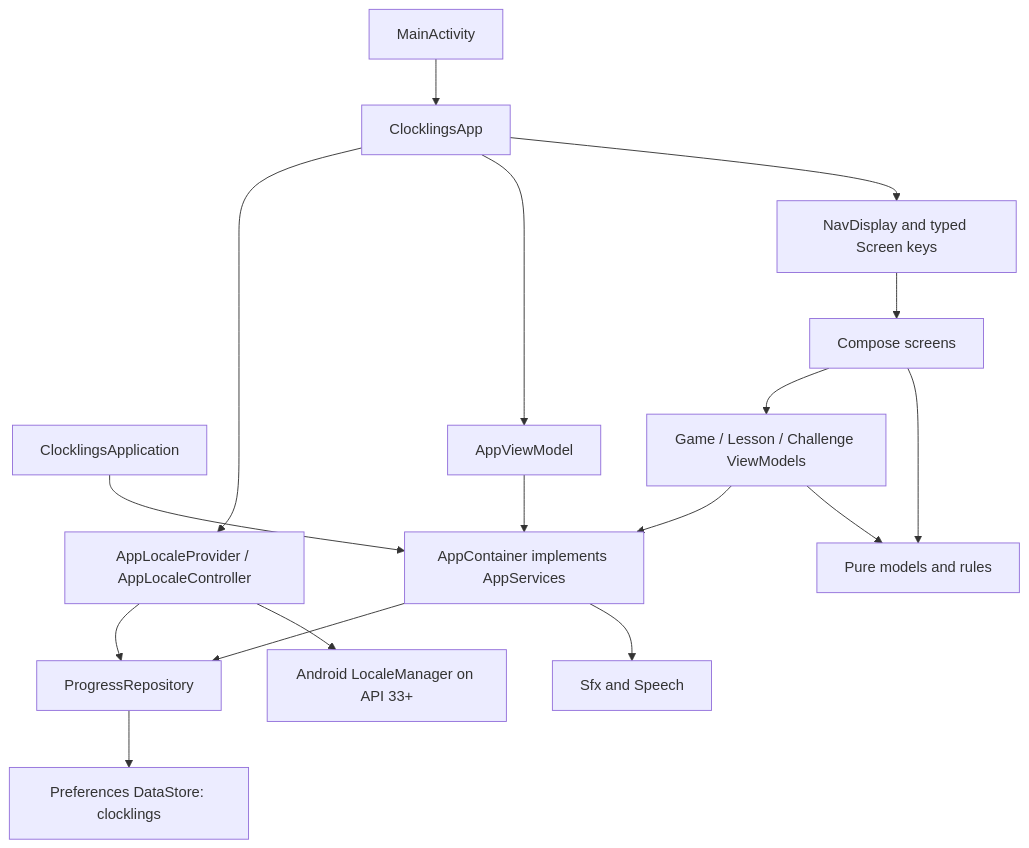
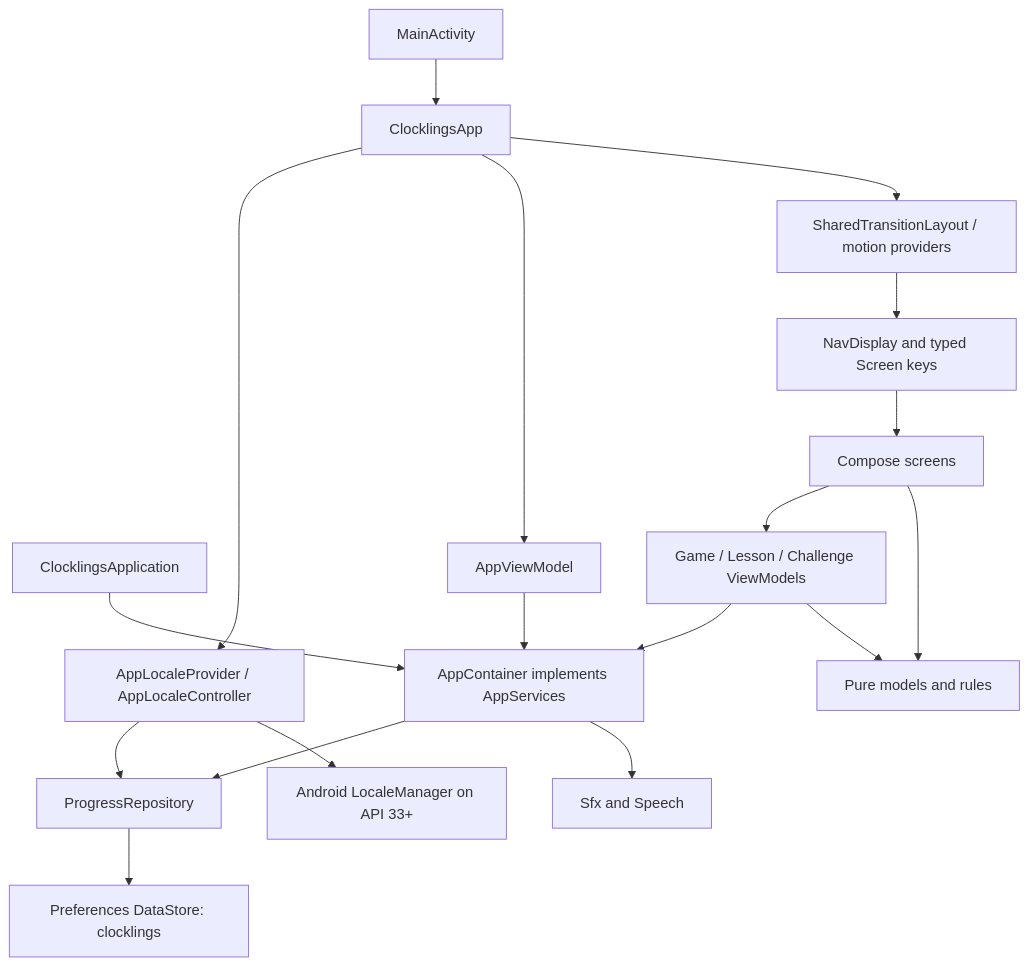
One commit to Insaner1980/Clocklings changed the first of 2 diagrams in PROJECT.md. Above: the diagram before and after it, drawn with Mermaid. The commit also changed other lines of this file and 18 other files, not shown here.

````diff
--- a/PROJECT.md
+++ b/PROJECT.md
@@ -116,19 +116,20 @@
 ```mermaid
 flowchart TD
     Application[ClocklingsApplication] --> Container[AppContainer implements AppServices]
     Container --> Repo[ProgressRepository]
     Repo --> Store[Preferences DataStore: clocklings]
     Container --> Audio[Sfx and Speech]
     Activity[MainActivity] --> App[ClocklingsApp]
     App --> Locale[AppLocaleProvider / AppLocaleController]
     App --> RootVM[AppViewModel]
     RootVM --> Container
-    App --> Nav[NavDisplay and typed Screen keys]
+    App --> Shared[SharedTransitionLayout / motion providers]
+    Shared --> Nav[NavDisplay and typed Screen keys]
     Nav --> Screens[Compose screens]
     Screens --> ScreenVM[Game / Lesson / Challenge ViewModels]
     ScreenVM --> Container
     ScreenVM --> Domain[Pure models and rules]
     Screens --> Domain
     Locale --> Repo
     Locale --> Platform[Android LocaleManager on API 33+]
 ```
````
